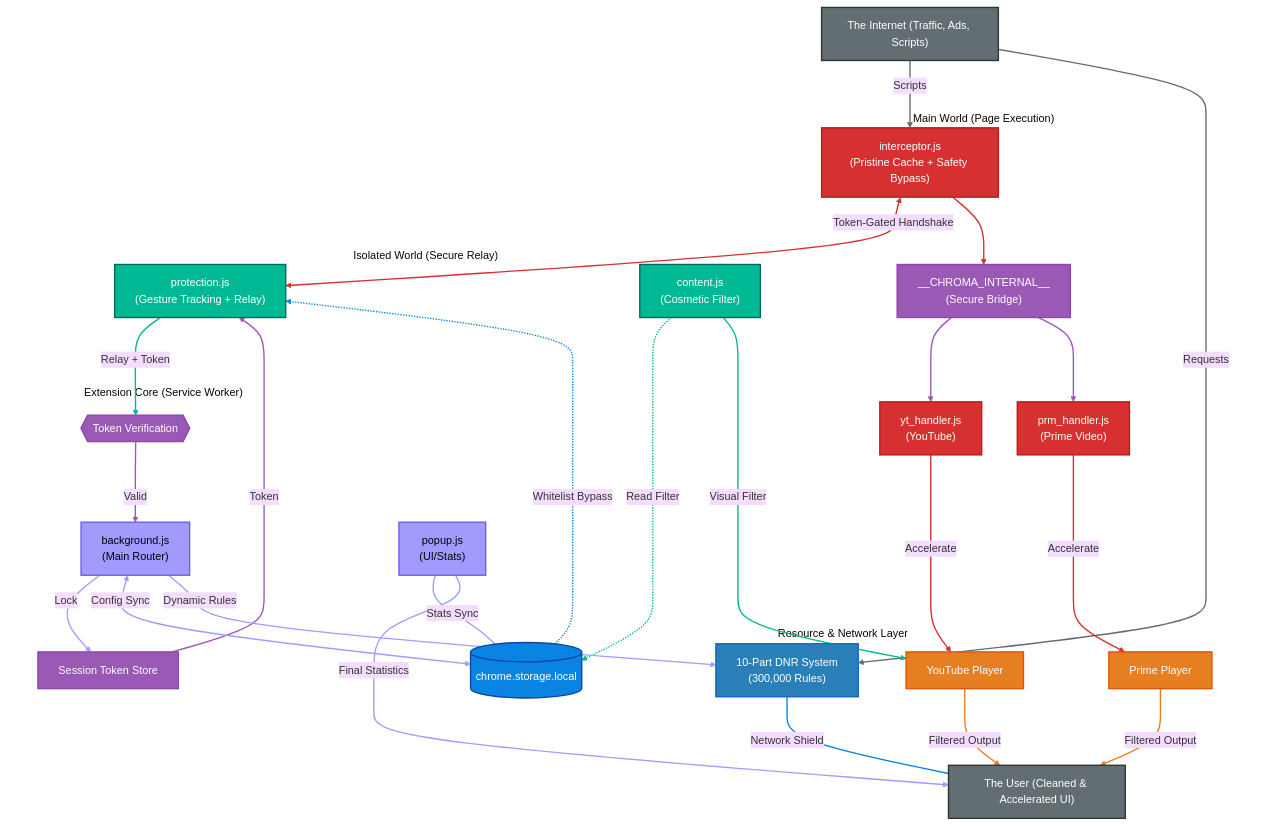
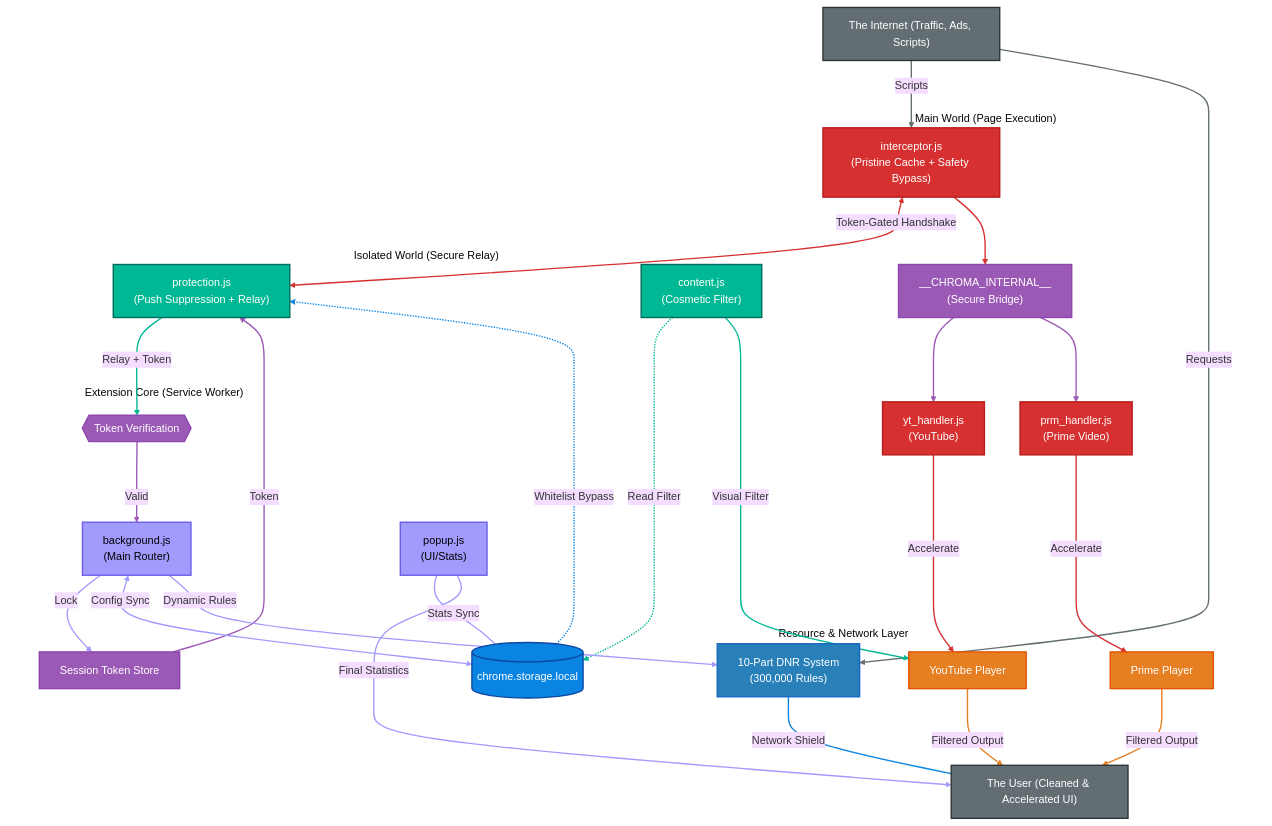
The diagram in README.md (Dabrogost/Chroma-Ad-Blocker), drawn with Mermaid (base theme) before and after one commit. The commit also changed other lines of this file and 9 other files, not shown here.

```diff
--- a/README.md
+++ b/README.md
@@ -42,7 +41,7 @@
 
     %% --- LAYER 2: ISOLATED WORLD ---
     subgraph IW["Isolated World (Secure Relay)"]
-        CS_PROT["protection.js<br/>(Gesture Tracking + Relay)"]:::isolated
+        CS_PROT["protection.js<br/>(Push Suppression + Relay)"]:::isolated
         CS_GEN["content.js<br/>(Cosmetic Filter)"]:::isolated
     end
 
```
